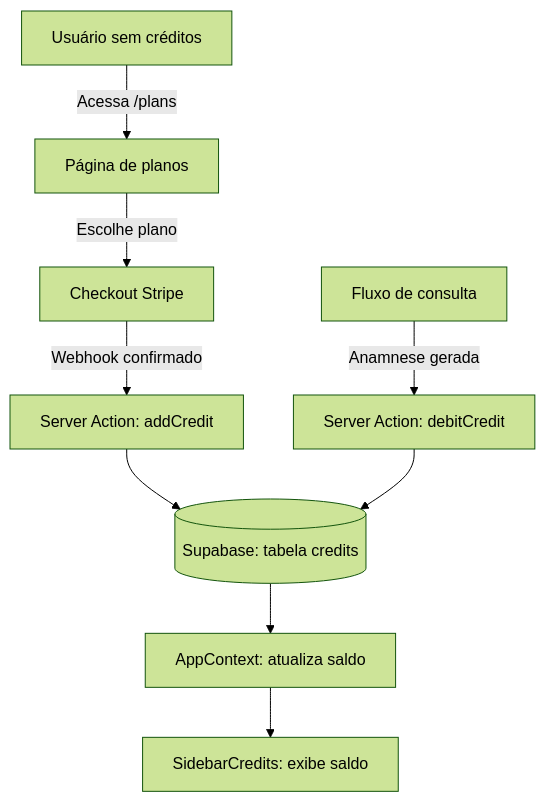
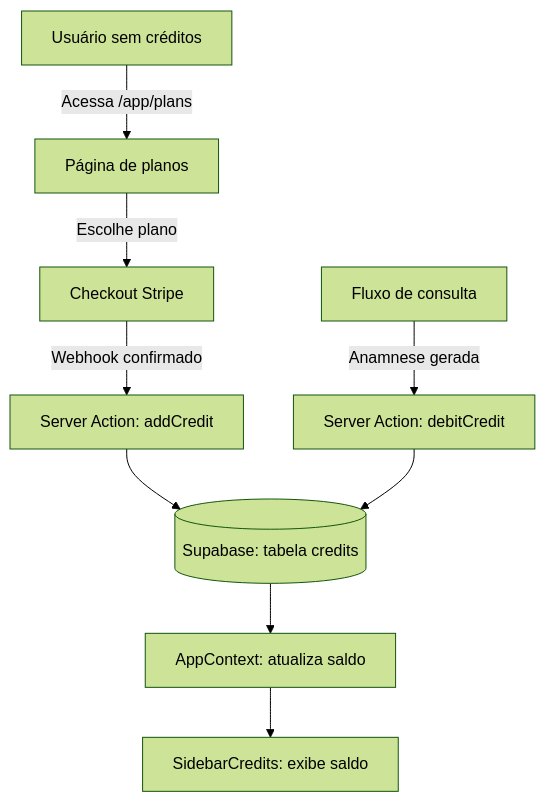
Before and after one commit to Startiatech/anamnsese-ia: the sixth of 12 diagrams in docs/architecture.md, drawn with Mermaid (forest theme). The commit also changed other lines of this file and 53 other files, not shown here.

````diff
--- a/docs/architecture.md
+++ b/docs/architecture.md
@@ -157,12 +157,12 @@
 ```mermaid
 flowchart TD
-    A[Usuário sem créditos] -->|Acessa /plans| B[Página de planos]
+    A[Usuário sem créditos] -->|Acessa /app/plans| B[Página de planos]
     B -->|Escolhe plano| C[Checkout Stripe]
     C -->|Webhook confirmado| D[Server Action: addCredit]
     D --> E[(Supabase: tabela credits)]
 
     F[Fluxo de consulta] -->|Anamnese gerada| G[Server Action: debitCredit]
     G --> E
     E --> H[AppContext: atualiza saldo]
     H --> I[SidebarCredits: exibe saldo]
 ```
````
